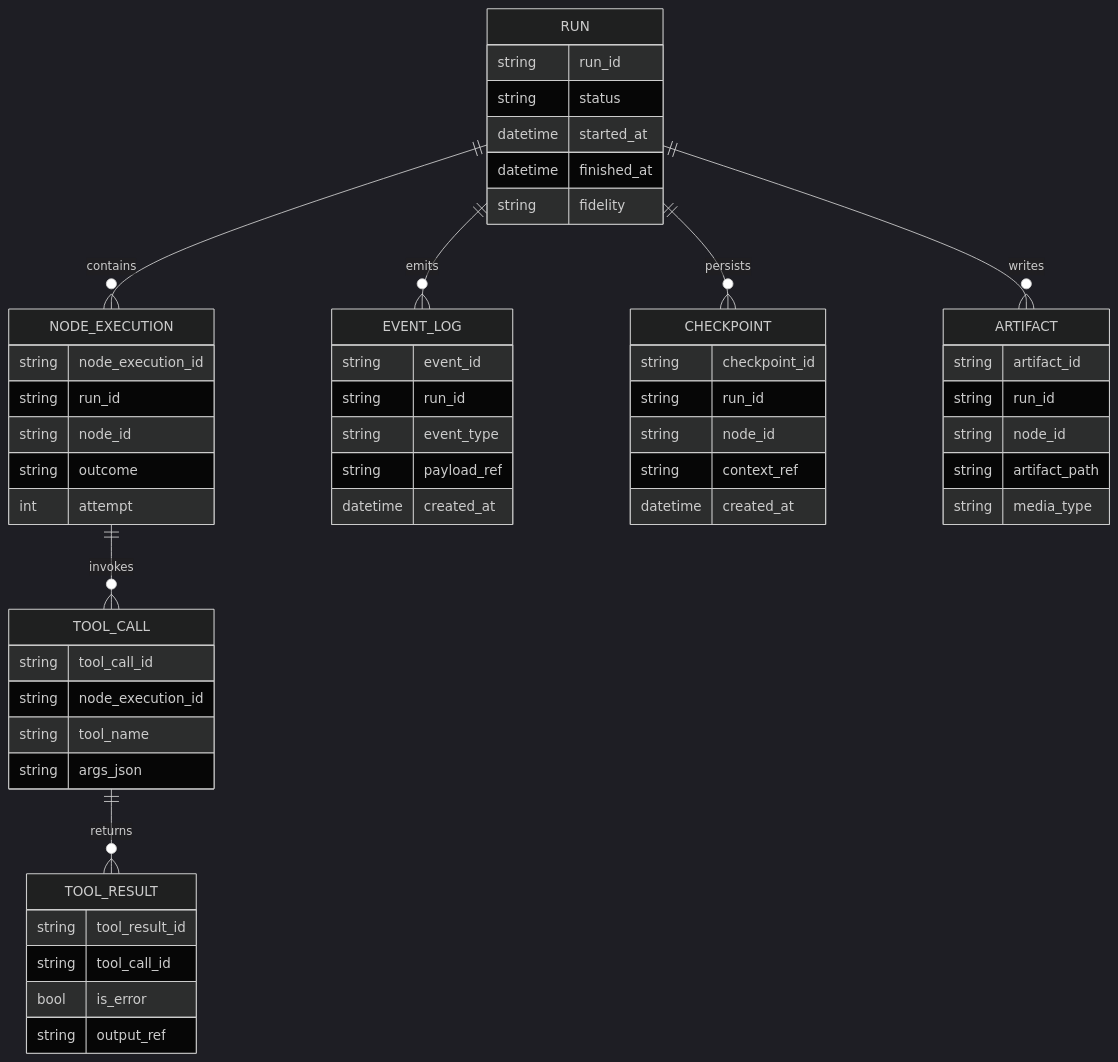
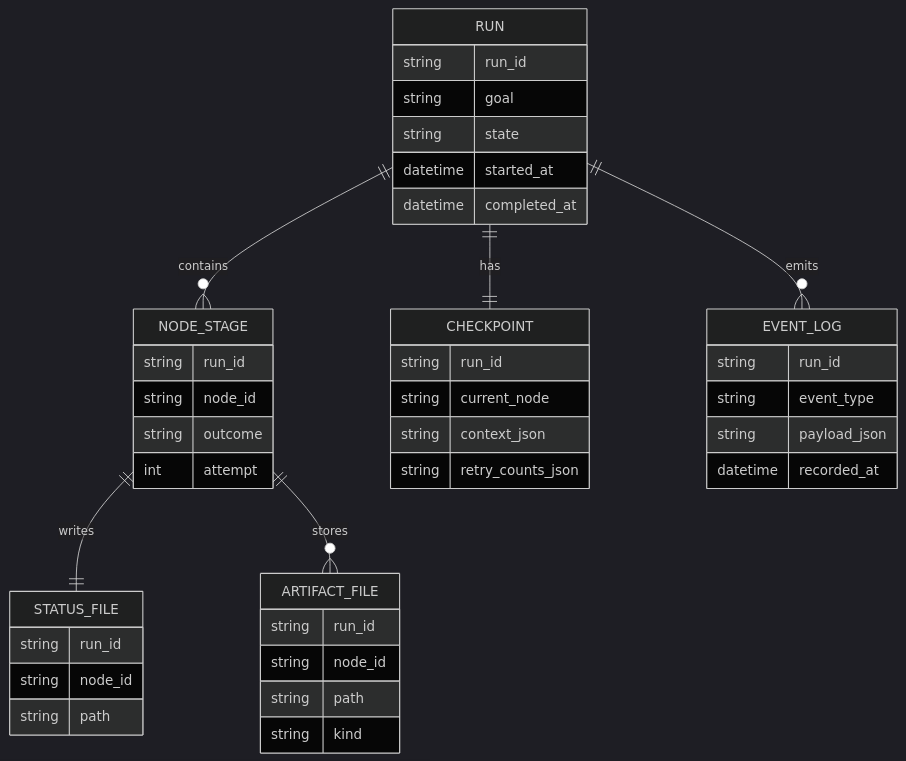
Before and after one commit to jaytaylor/attractor-php: the second of 5 diagrams in docs/sprints/SPRINT-001-comprehensive-implementation-plan.md, drawn with Mermaid (dark theme). The commit also changed other lines of this file, not shown here.

````diff
--- a/docs/sprints/SPRINT-001-comprehensive-implementation-plan.md
+++ b/docs/sprints/SPRINT-001-comprehensive-implementation-plan.md
@@ -539,63 +528,50 @@
 ```mermaid
 erDiagram
-    RUN ||--o{ NODE_EXECUTION : contains
+    RUN ||--o{ NODE_STAGE : contains
+    RUN ||--|| CHECKPOINT : has
     RUN ||--o{ EVENT_LOG : emits
-    RUN ||--o{ CHECKPOINT : persists
-    RUN ||--o{ ARTIFACT : writes
-    NODE_EXECUTION ||--o{ TOOL_CALL : invokes
-    TOOL_CALL ||--o{ TOOL_RESULT : returns
+    NODE_STAGE ||--|| STATUS_FILE : writes
+    NODE_STAGE ||--o{ ARTIFACT_FILE : stores
 
     RUN {
       string run_id
-      string status
+      string goal
+      string state
       datetime started_at
-      datetime finished_at
-      string fidelity
+      datetime completed_at
     }
 
-    NODE_EXECUTION {
-      string node_execution_id
+    NODE_STAGE {
       string run_id
       string node_id
       string outcome
       int attempt
     }
 
-    TOOL_CALL {
-      string tool_call_id
-      string node_execution_id
-      string tool_name
-      string args_json
+    CHECKPOINT {
+      string run_id
+      string current_node
+      string context_json
+      string retry_counts_json
     }
 
-    TOOL_RESULT {
-      string tool_result_id
-      string tool_call_id
-      bool is_error
-      string output_ref
+    STATUS_FILE {
+      string run_id
+      string node_id
+      string path
+    }
+
+    ARTIFACT_FILE {
+      string run_id
+      string node_id
+      string path
+      string kind
     }
 
     EVENT_LOG {
-      string event_id
       string run_id
       string event_type
-      string payload_ref
-      datetime created_at
-    }
-
-    CHECKPOINT {
-      string checkpoint_id
-      string run_id
-      string node_id
-      string context_ref
-      datetime created_at
-    }
-
-    ARTIFACT {
-      string artifact_id
-      string run_id
-      string node_id
-      string artifact_path
-      string media_type
+      string payload_json
+      datetime recorded_at
     }
 ```
````
